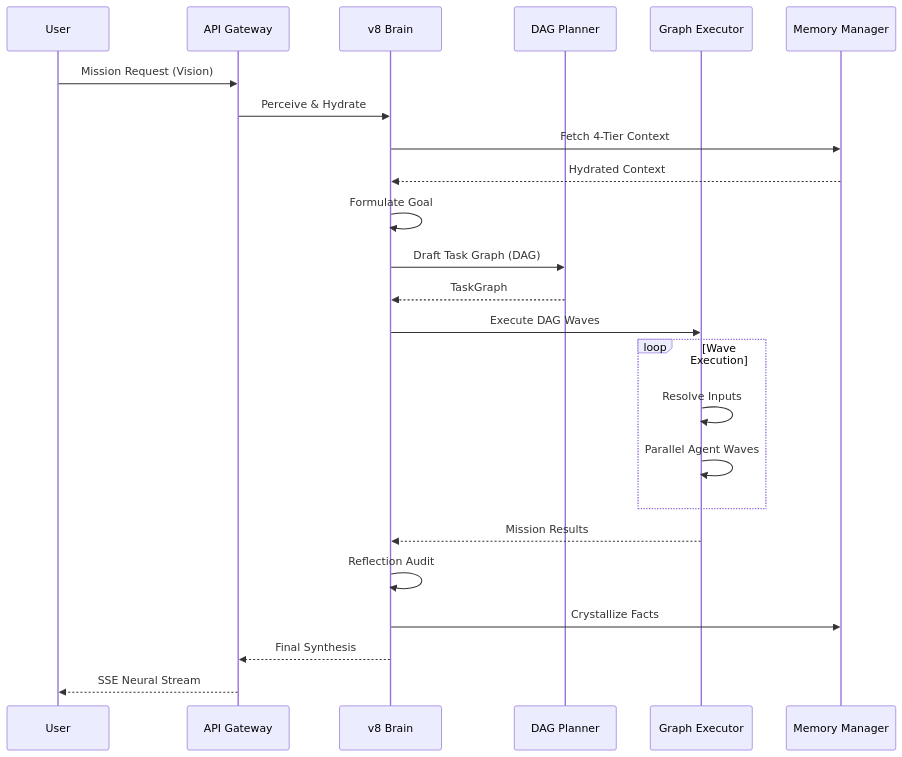
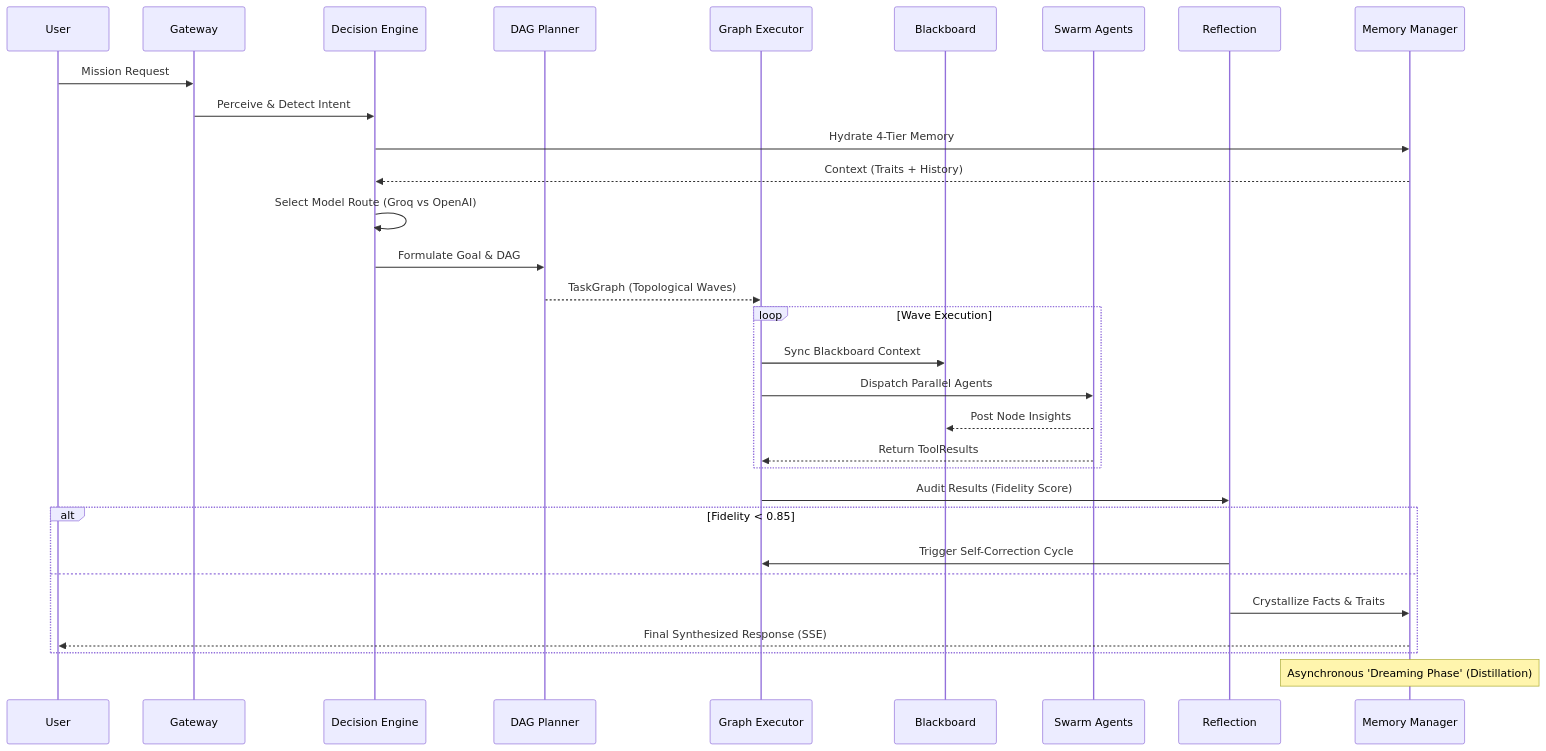
Before and after one commit to Blackdrg/levi-ai-innovate: the second of 2 diagrams in README.md, drawn with Mermaid. The commit also changed other lines of this file and 122 other files, not shown here.

````diff
--- a/README.md
+++ b/README.md
@@ -104,27 +81,37 @@
 ```mermaid
 sequenceDiagram
     participant U as User
-    participant A as API Gateway
-    participant B as v8 Brain
+    participant G as Gateway
+    participant D as Decision Engine
     participant P as DAG Planner
     participant E as Graph Executor
+    participant B as Blackboard
+    participant S as Swarm Agents
+    participant R as Reflection
     participant M as Memory Manager
+
+    U->>G: Mission Request
+    G->>D: Perceive & Detect Intent
+    D->>M: Hydrate 4-Tier Memory
+    M-->>D: Context (Traits + History)
+    D->>D: Select Model Route (Groq vs OpenAI)
+    D->>P: Formulate Goal & DAG
+    P-->>E: TaskGraph (Topological Waves)
     
-    U->>A: Mission Request (Vision)
-    A->>B: Perceive & Hydrate
-    B->>M: Fetch 4-Tier Context
-    M-->>B: Hydrated Context
-    B->>B: Formulate Goal
-    B->>P: Draft Task Graph (DAG)
-    P-->>B: TaskGraph
-    B->>E: Execute DAG Waves
     loop Wave Execution
-        E->>E: Resolve Inputs
-        E->>E: Parallel Agent Waves
+        E->>B: Sync Blackboard Context
+        E->>S: Dispatch Parallel Agents
+        S-->>B: Post Node Insights
+        S-->>E: Return ToolResults
     end
-    E-->>B: Mission Results
-    B->>B: Reflection Audit
-    B->>M: Crystallize Facts
-    B-->>A: Final Synthesis
-    A-->>U: SSE Neural Stream
+    
+    E->>R: Audit Results (Fidelity Score)
+    alt Fidelity < 0.85
+        R->>E: Trigger Self-Correction Cycle
+    else
+        R->>M: Crystallize Facts & Traits
+        M-->>U: Final Synthesized Response (SSE)
+    end
+    
+    Note over M: Asynchronous 'Dreaming Phase' (Distillation)
 ```
````
